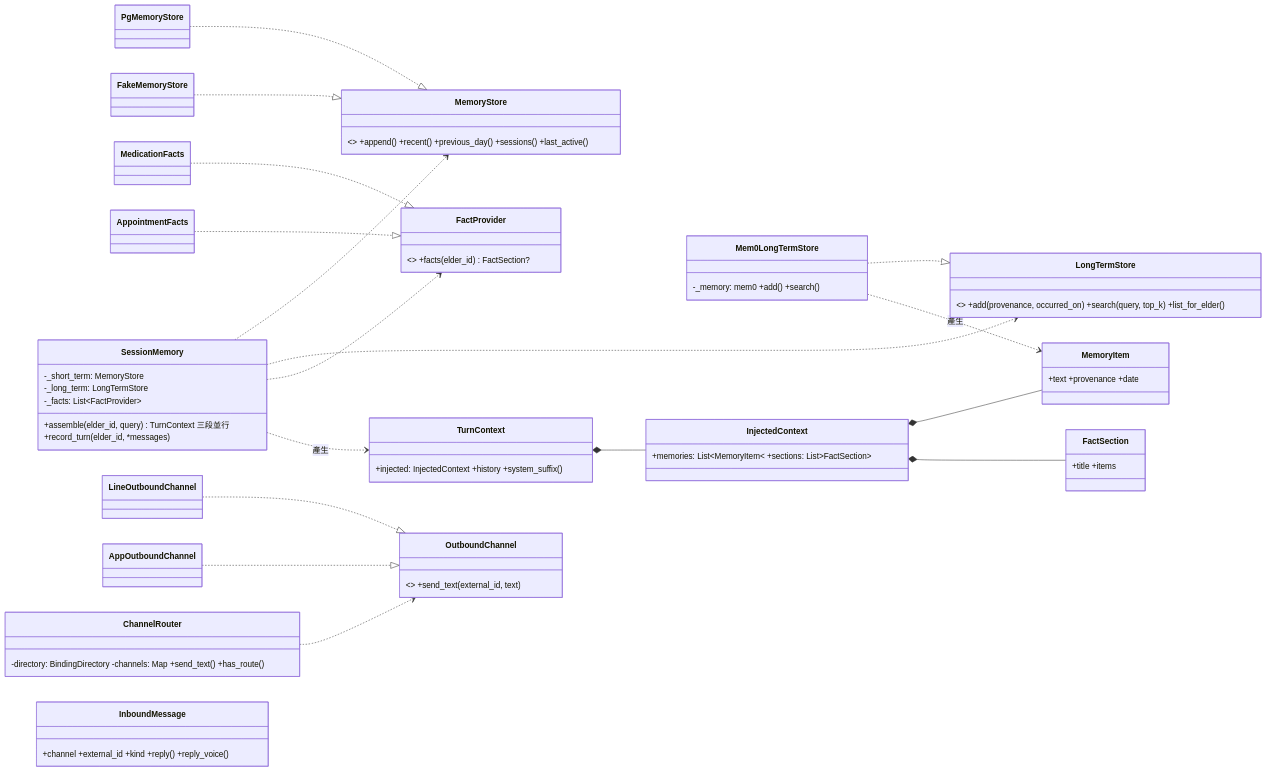
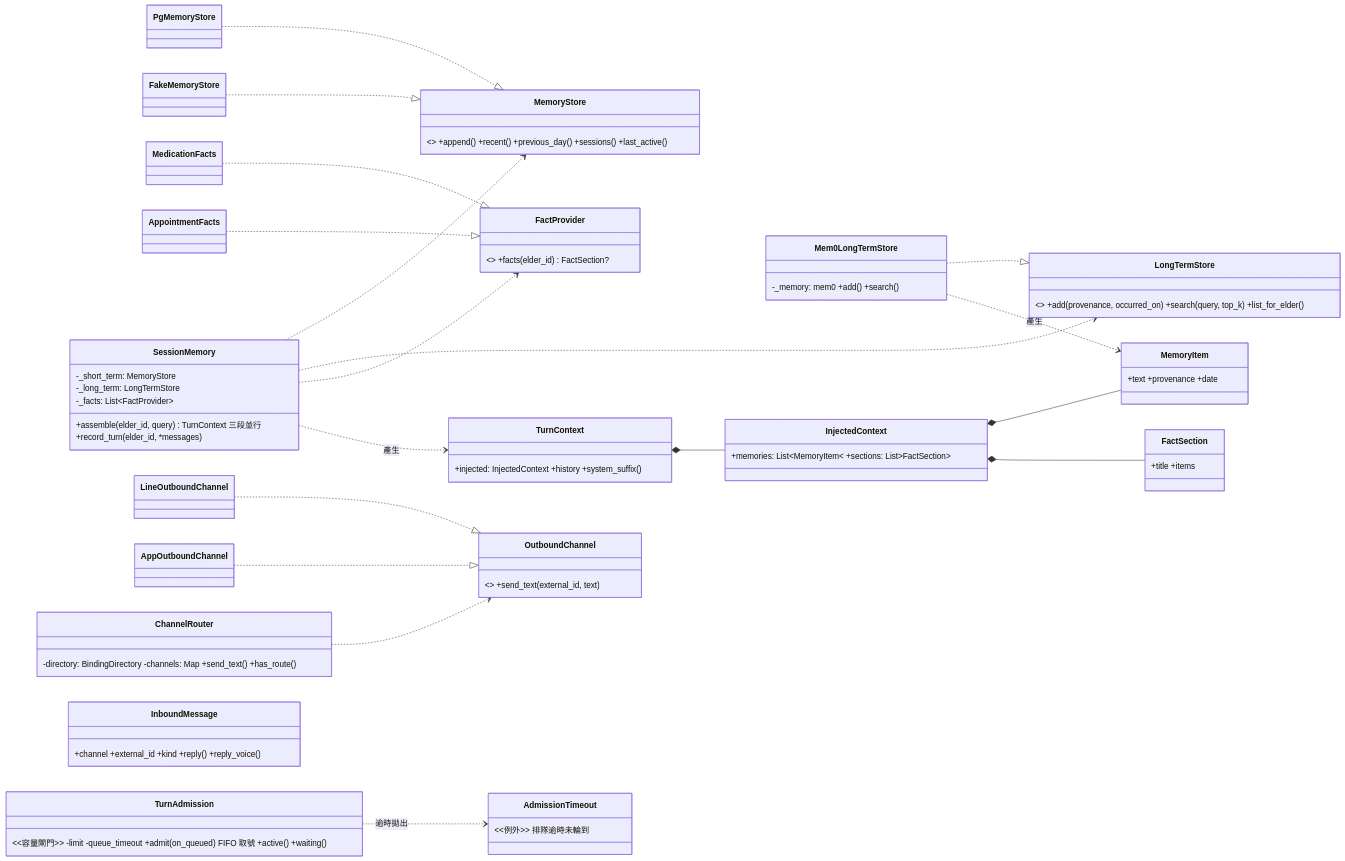
One commit to leo53021313/kinsun changed the third of 7 diagrams in docs/dev/10_類別關係.md. Above: the diagram before and after it, drawn with Mermaid. The commit also changed other lines of this file and 12 other files, not shown here.

````diff
--- a/docs/dev/10_類別關係.md
+++ b/docs/dev/10_類別關係.md
@@ -168,45 +168,48 @@
 ```mermaid
 classDiagram
     direction LR
     class SessionMemory {
         -_short_term: MemoryStore
         -_long_term: LongTermStore
         -_facts: List~FactProvider~
         +assemble(elder_id, query) TurnContext 三段並行
         +record_turn(elder_id, *messages)
     }
     class MemoryStore { <<Protocol>> +append() +recent() +previous_day() +sessions() +last_active() }
     class PgMemoryStore
     class FakeMemoryStore
     class LongTermStore { <<Protocol>> +add(provenance, occurred_on) +search(query, top_k) +list_for_elder() }
     class Mem0LongTermStore { -_memory: mem0 +add() +search() }
     class FactProvider { <<Protocol>> +facts(elder_id) FactSection? }
     class MedicationFacts
     class AppointmentFacts
     class TurnContext { +injected: InjectedContext +history +system_suffix() }
     class InjectedContext { +memories: List~MemoryItem~ +sections: List~FactSection~ }
     class MemoryItem { +text +provenance +date }
     class FactSection { +title +items }
     class ChannelRouter { -directory: BindingDirectory -channels: Map +send_text() +has_route() }
     class OutboundChannel { <<Protocol>> +send_text(external_id, text) }
     class LineOutboundChannel
     class AppOutboundChannel
     class InboundMessage { +channel +external_id +kind +reply() +reply_voice() }
+    class TurnAdmission { <<容量閘門>> -limit -queue_timeout +admit(on_queued) FIFO 取號 +active() +waiting() }
+    class AdmissionTimeout { <<例外>> 排隊逾時未輪到 }
 
     PgMemoryStore ..|> MemoryStore
     FakeMemoryStore ..|> MemoryStore
     Mem0LongTermStore ..|> LongTermStore
     MedicationFacts ..|> FactProvider
     AppointmentFacts ..|> FactProvider
     SessionMemory ..> MemoryStore
     SessionMemory ..> LongTermStore
     SessionMemory ..> FactProvider
     SessionMemory ..> TurnContext : 產生
     TurnContext *-- InjectedContext
     InjectedContext *-- MemoryItem
     InjectedContext *-- FactSection
     Mem0LongTermStore ..> MemoryItem : 產生
     LineOutboundChannel ..|> OutboundChannel
     AppOutboundChannel ..|> OutboundChannel
     ChannelRouter ..> OutboundChannel
+    TurnAdmission ..> AdmissionTimeout : 逾時拋出
 ```
````
